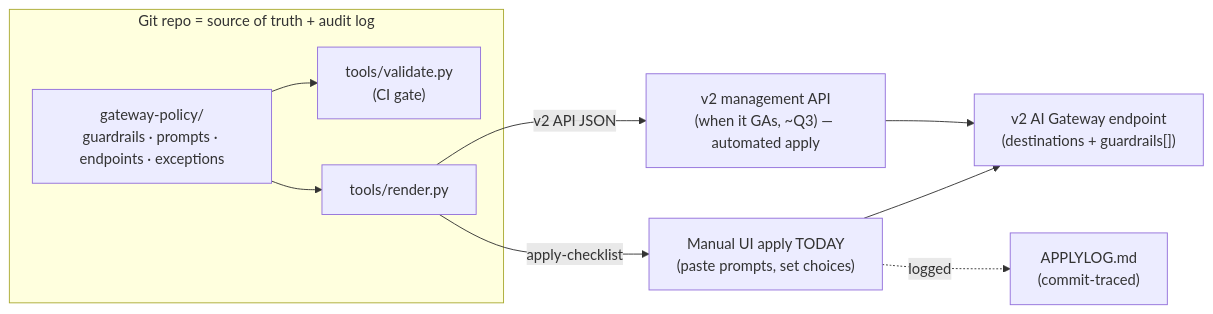
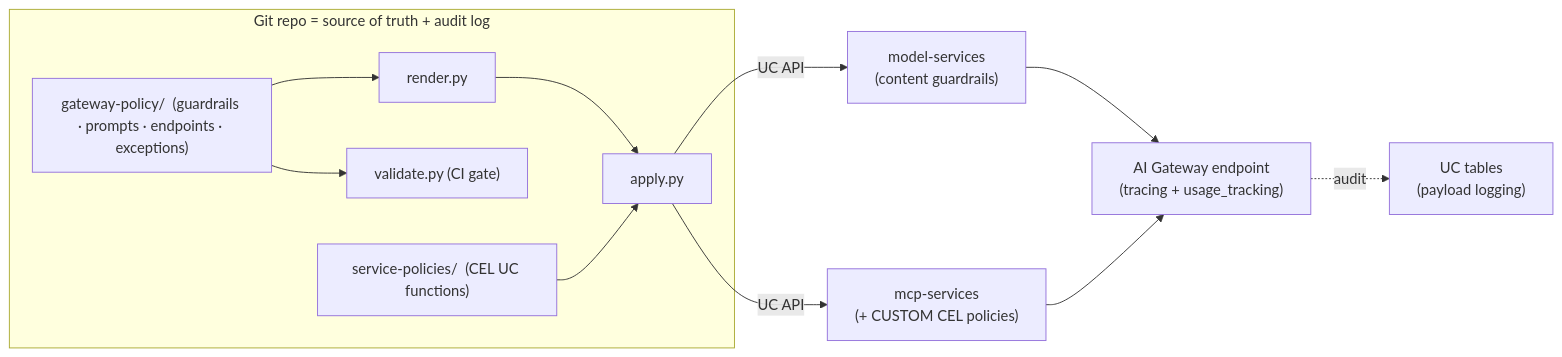
Before and after one commit to marcjimz/gateway-content-filters: the diagram in docs/design.md, drawn with Mermaid. The commit also changed other lines of this file and 1 other file, not shown here.

First line of the commit message:
Refresh design doc to current state; drop superseded APPLYLOG

````diff
--- a/docs/design.md
+++ b/docs/design.md
@@ -81,15 +44,18 @@
 ```mermaid
 flowchart LR
     subgraph git["Git repo = source of truth + audit log"]
-        P["gateway-policy/\nguardrails · prompts · endpoints · exceptions"]
-        V["tools/validate.py\n(CI gate)"]
-        R["tools/render.py"]
+        P["gateway-policy/  (guardrails · prompts · endpoints · exceptions)"]
+        S["service-policies/  (CEL UC functions)"]
+        V["validate.py (CI gate)"]
+        R["render.py"]
+        A["apply.py"]
     end
     P --> V
-    P --> R
-    R -->|"v2 API JSON"| FUT["v2 management API\n(when it GAs, ~Q3) — automated apply"]
-    R -->|"apply-checklist"| NOW["Manual UI apply TODAY\n(paste prompts, set choices)"]
-    NOW --> GW["v2 AI Gateway endpoint\n(destinations + guardrails[])"]
-    FUT --> GW
-    NOW -.logged.-> LOG["APPLYLOG.md\n(commit-traced)"]
+    P --> R --> A
+    S --> A
+    A -->|"UC API"| MS["model-services\n(content guardrails)"]
+    A -->|"UC API"| MCP["mcp-services\n(+ CUSTOM CEL policies)"]
+    MS --> GW["AI Gateway endpoint\n(tracing + usage_tracking)"]
+    MCP --> GW
+    GW -.audit.-> UC["UC tables\n(payload logging)"]
 ```
````
